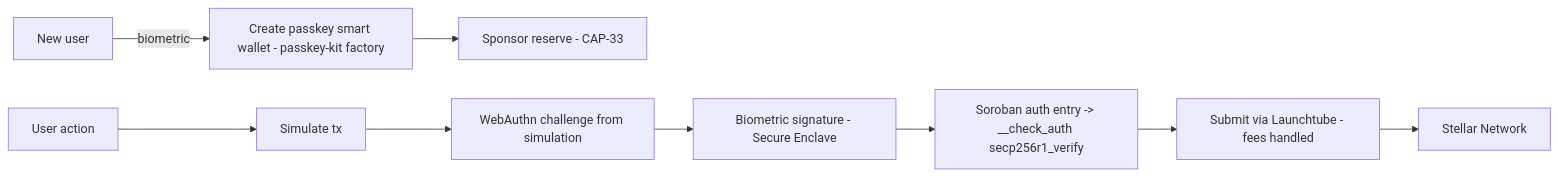
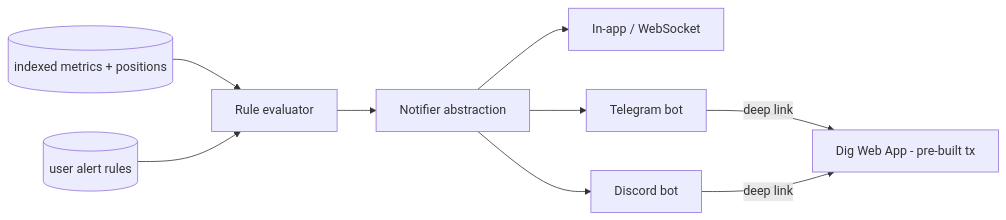
The second of 2 diagrams in docs/accelerator/ARCHITECTURE.md (Mael-wnb/dig-stellar), drawn with Mermaid before and after one commit. The commit also changed other lines of this file and 1 other file, not shown here.

Commit message:
docs: architecture technique and readme accelerator update

````diff
--- a/docs/accelerator/ARCHITECTURE.md
+++ b/docs/accelerator/ARCHITECTURE.md
@@ -225,11 +345,11 @@
 ```mermaid
 flowchart LR
-  New[New user] -->|biometric| PK[Create passkey smart wallet - passkey-kit factory]
-  PK --> Sponsor[Sponsor reserve - CAP-33]
-  Action[User action] --> Sim[Simulate tx]
-  Sim --> Chal[WebAuthn challenge from simulation]
-  Chal --> Sign[Biometric signature - Secure Enclave]
-  Sign --> Auth[Soroban auth entry -> __check_auth secp256r1_verify]
-  Auth --> LT[Submit via Launchtube - fees handled]
-  LT --> Net[Stellar Network]
+  DB[(indexed metrics + positions)] --> Eval[Rule evaluator]
+  Rules[(user alert rules)] --> Eval
+  Eval --> Notifier[Notifier abstraction]
+  Notifier --> InApp[In-app / WebSocket]
+  Notifier --> TG[Telegram bot]
+  Notifier --> DC[Discord bot]
+  TG -->|deep link| UI[Dig Web App - pre-built tx]
+  DC -->|deep link| UI
 ```
````
